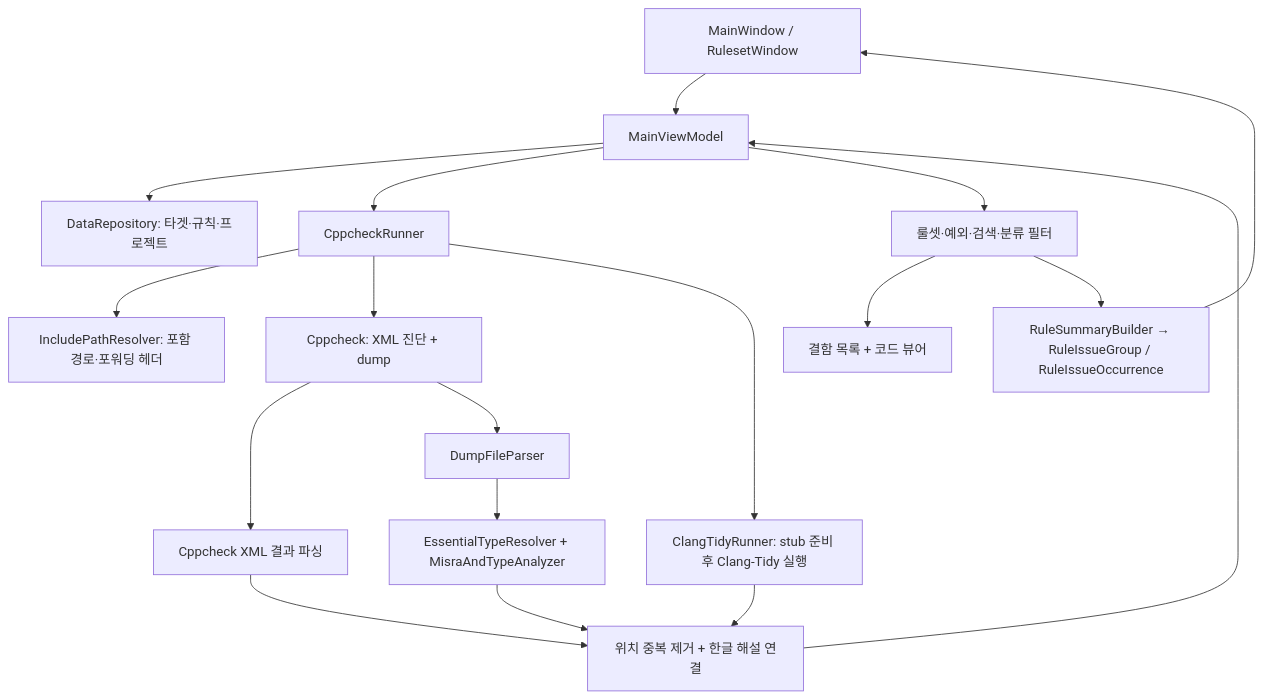
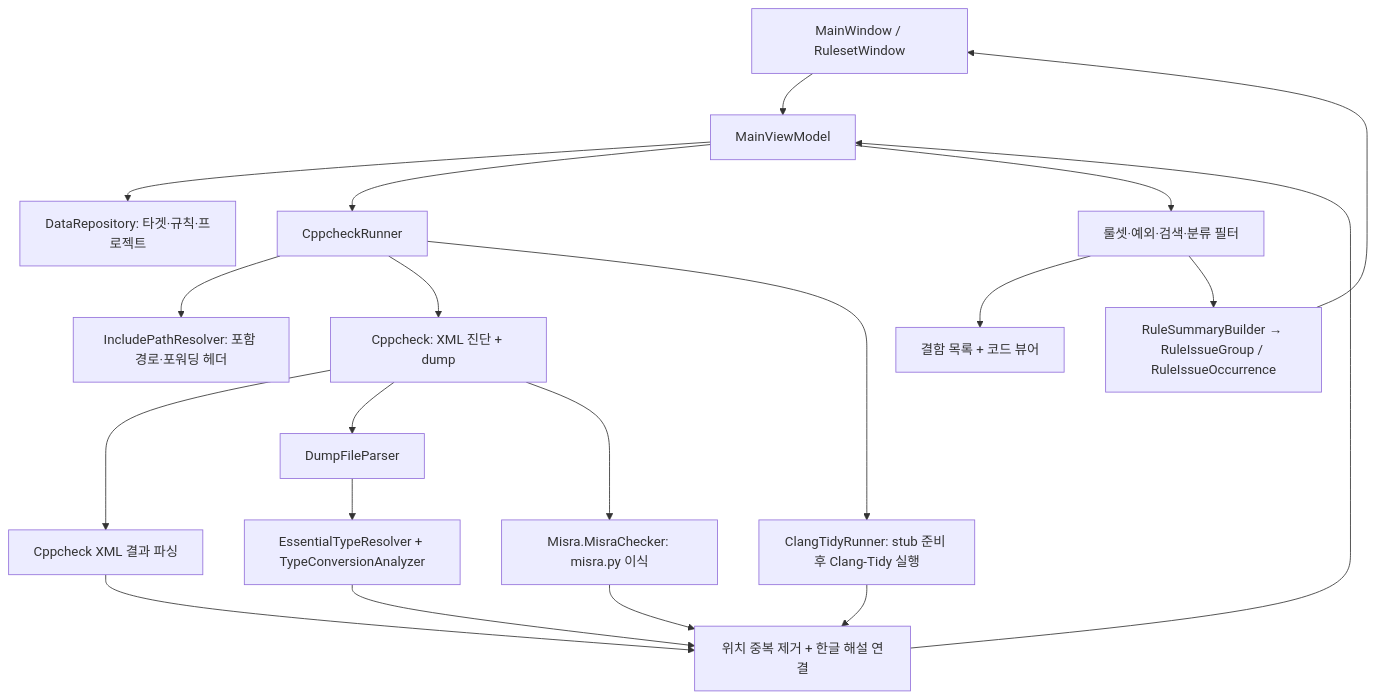
One commit to hankjeon/JeonCheck changed the first of 2 diagrams in doc/02_architecture.md. Above: the diagram before and after it, drawn with Mermaid. The commit also changed other lines of this file and 22 other files, not shown here.

````diff
--- a/doc/02_architecture.md
+++ b/doc/02_architecture.md
@@ -7,20 +7,22 @@
 ```mermaid
 flowchart TD
     UI[MainWindow / RulesetWindow] --> VM[MainViewModel]
     VM --> Data[DataRepository: 타겟·규칙·프로젝트]
     VM --> Runner[CppcheckRunner]
     Runner --> Include[IncludePathResolver: 포함 경로·포워딩 헤더]
     Runner --> CPP[Cppcheck: XML 진단 + dump]
     CPP --> XML[Cppcheck XML 결과 파싱]
     CPP --> Parser[DumpFileParser]
-    Parser --> Native[EssentialTypeResolver + MisraAndTypeAnalyzer]
+    CPP --> Misra[Misra.MisraChecker: misra.py 이식]
+    Parser --> Native[EssentialTypeResolver + TypeConversionAnalyzer]
     Runner --> CT[ClangTidyRunner: stub 준비 후 Clang-Tidy 실행]
     XML --> Merge[위치 중복 제거 + 한글 해설 연결]
+    Misra --> Merge
     Native --> Merge
     CT --> Merge
     Merge --> VM
     VM --> Filter[룰셋·예외·검색·분류 필터]
     Filter --> List[결함 목록 + 코드 뷰어]
     Filter --> Summary[RuleSummaryBuilder → RuleIssueGroup / RuleIssueOccurrence]
     Summary --> UI
 ```
````
